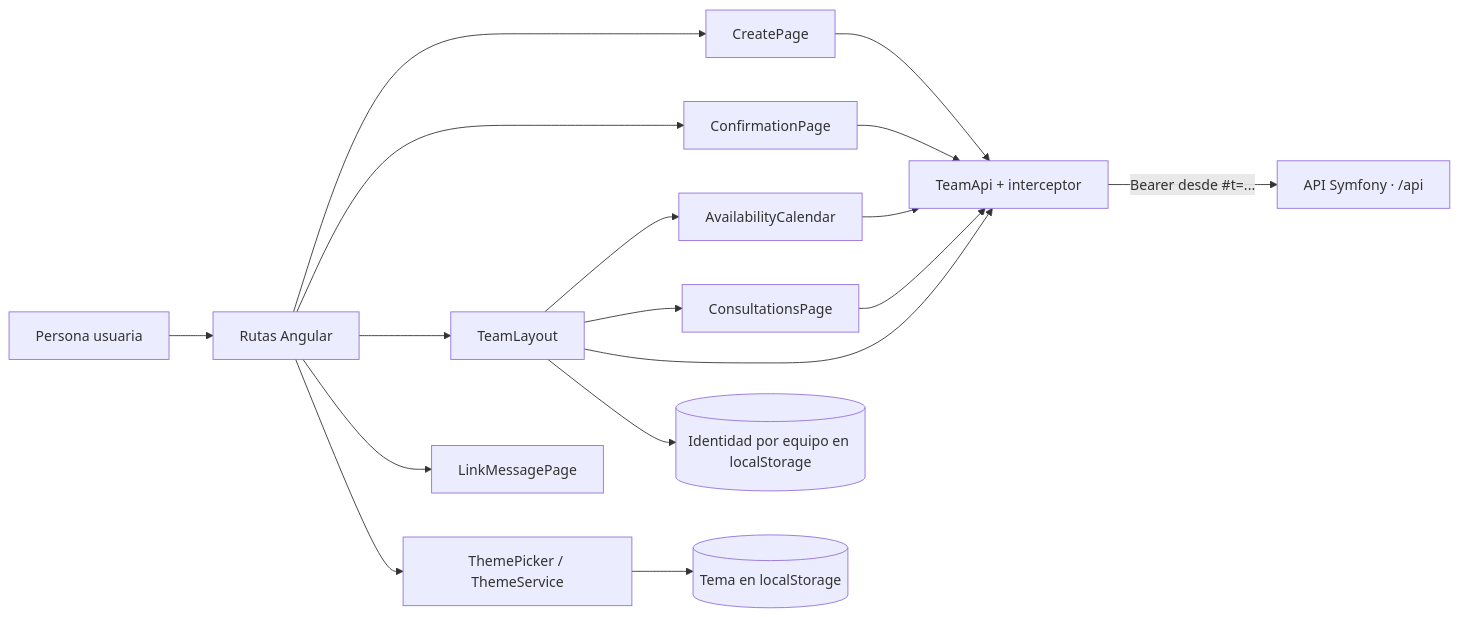
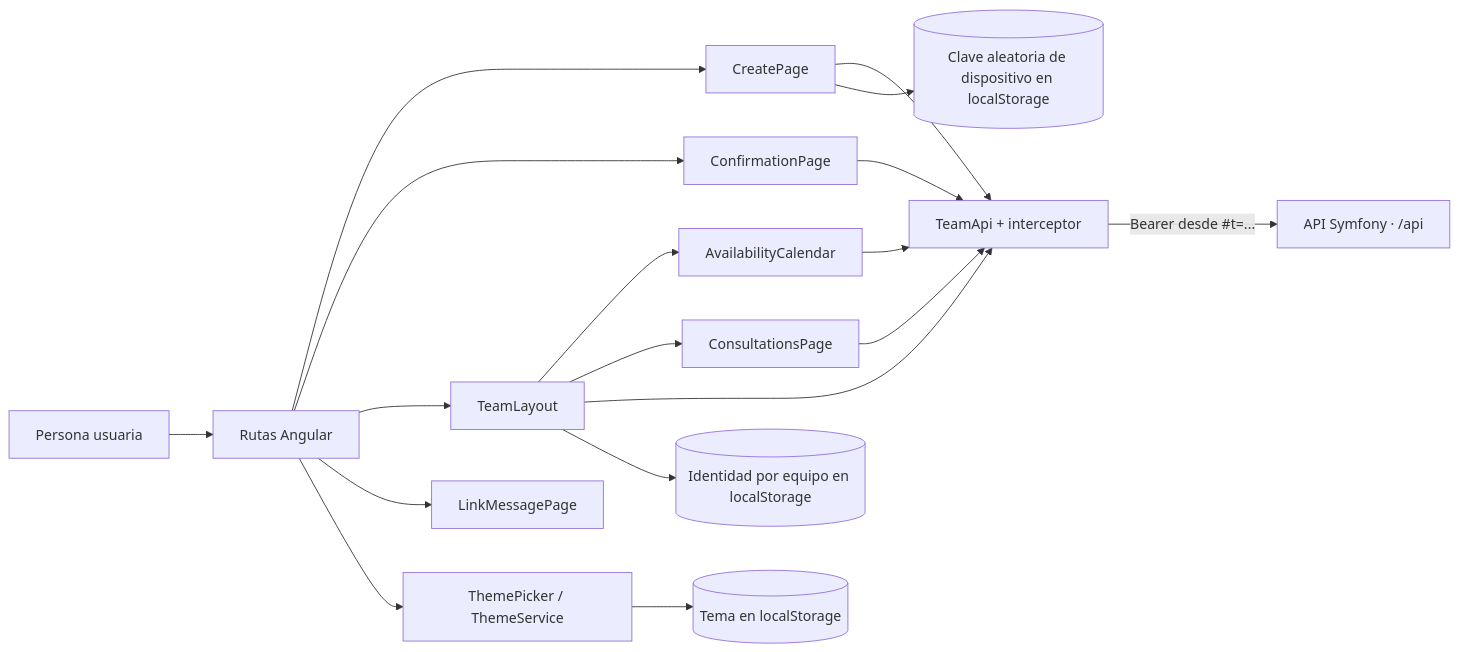
The first of 2 diagrams in doc/architecture/web.md (franciscoferrandez/SynqoApp), drawn with Mermaid before and after one commit. The commit also changed other lines of this file and 44 other files, not shown here.

````diff
--- a/doc/architecture/web.md
+++ b/doc/architecture/web.md
@@ -5,19 +5,20 @@
 ```mermaid
 flowchart LR
     Person[Persona usuaria] --> Routes[Rutas Angular]
     Routes --> Create[CreatePage]
     Routes --> Confirm[ConfirmationPage]
     Routes --> Team[TeamLayout]
     Routes --> LinkState[LinkMessagePage]
     Team --> Calendar[AvailabilityCalendar]
     Team --> Consultations[ConsultationsPage]
     Calendar --> Client[TeamApi + interceptor]
     Consultations --> Client
     Create --> Client
     Confirm --> Client
     Team --> Client
     Client -->|Bearer desde #t=...| API[API Symfony · /api]
     Team --> Identity[(Identidad por equipo en localStorage)]
+    Create --> DeviceKey[(Clave aleatoria de dispositivo en localStorage)]
     Routes --> Theme[ThemePicker / ThemeService]
     Theme --> Preference[(Tema en localStorage)]
 ```
````
